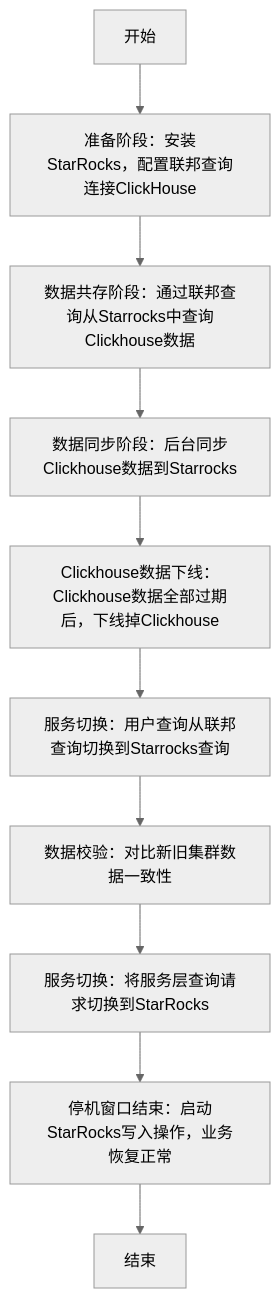
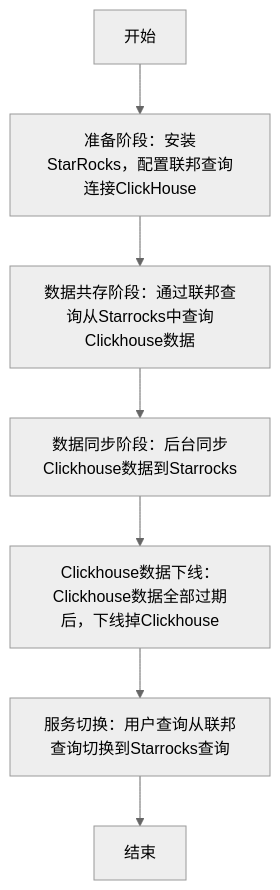
The second of 8 diagrams in StarRocks集群替换ClickHouse技术方案设计文档.md (oabao/gpt_desigin), drawn with Mermaid (neutral theme) before and after one commit.

````diff
--- a/StarRocks集群替换ClickHouse技术方案设计文档.md
+++ b/StarRocks集群替换ClickHouse技术方案设计文档.md
@@ -129,12 +129,9 @@
     ```mermaid
     graph TD
         Start[开始] --> A1[准备阶段：安装StarRocks，配置联邦查询连接ClickHouse]
         A1 --> A2[数据共存阶段：通过联邦查询从Starrocks中查询Clickhouse数据]
         A2 --> A3[数据同步阶段：后台同步Clickhouse数据到Starrocks]
         A3 --> A4[Clickhouse数据下线：Clickhouse数据全部过期后，下线掉Clickhouse]
         A4 --> A5[服务切换：用户查询从联邦查询切换到Starrocks查询]
-        A5 --> A6[数据校验：对比新旧集群数据一致性]
-        A6 --> A7[服务切换：将服务层查询请求切换到StarRocks]
-        A7 --> A8[停机窗口结束：启动StarRocks写入操作，业务恢复正常]
-        A8 --> End[结束]
+        A5 --> End[结束]
     ```
````
